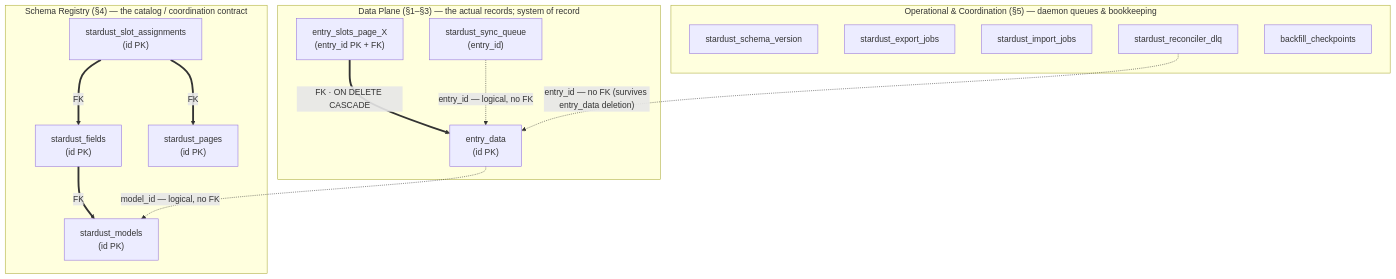
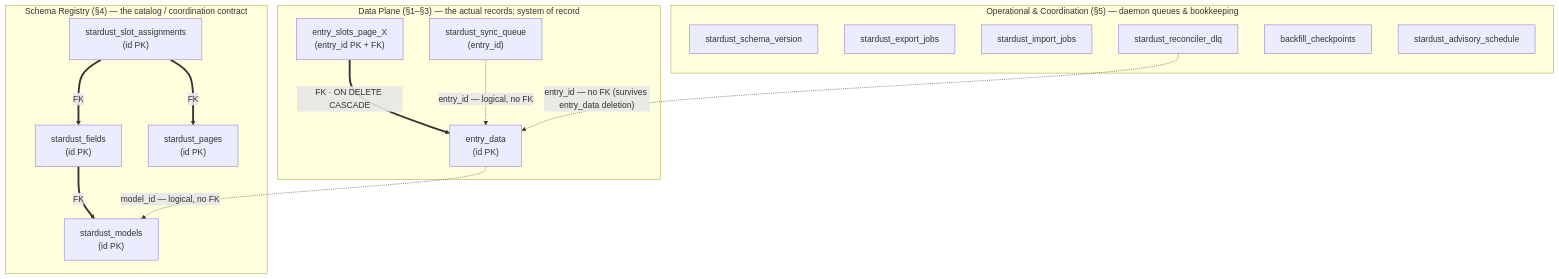
The first of 3 diagrams in schemas/schema_reference.md (damarbob/SDDPG), drawn with Mermaid before and after one commit. The commit also changed other lines of this file and 3 other files, not shown here.

````diff
--- a/schemas/schema_reference.md
+++ b/schemas/schema_reference.md
@@ -16,34 +16,35 @@
 ```mermaid
 flowchart TB
     subgraph DP["Data Plane (§1–§3) — the actual records; system of record"]
         ed["entry_data<br/>(id PK)"]
         esp["entry_slots_page_X<br/>(entry_id PK + FK)"]
         sq["stardust_sync_queue<br/>(entry_id)"]
     end
 
     subgraph REG["Schema Registry (§4) — the catalog / coordination contract"]
         sm["stardust_models<br/>(id PK)"]
         sf["stardust_fields<br/>(id PK)"]
         sp["stardust_pages<br/>(id PK)"]
         ssa["stardust_slot_assignments<br/>(id PK)"]
     end
 
     subgraph OPS["Operational & Coordination (§5) — daemon queues & bookkeeping"]
         sv["stardust_schema_version"]
         ej["stardust_export_jobs"]
         ij["stardust_import_jobs"]
         dlq["stardust_reconciler_dlq"]
         bc["backfill_checkpoints"]
+        as["stardust_advisory_schedule"]
     end
 
     %% Real foreign keys (solid) — enforced by InnoDB, and ONLY within a group.
     esp ==>|"FK · ON DELETE CASCADE"| ed
     sf  ==>|FK| sm
     ssa ==>|FK| sf
     ssa ==>|FK| sp
 
     %% Logical references (dashed) — same-valued column, deliberately NO FK.
     ed  -. "model_id — logical, no FK" .-> sm
     sq  -. "entry_id — logical, no FK" .-> ed
     dlq -. "entry_id — no FK (survives entry_data deletion)" .-> ed
 ```
````
